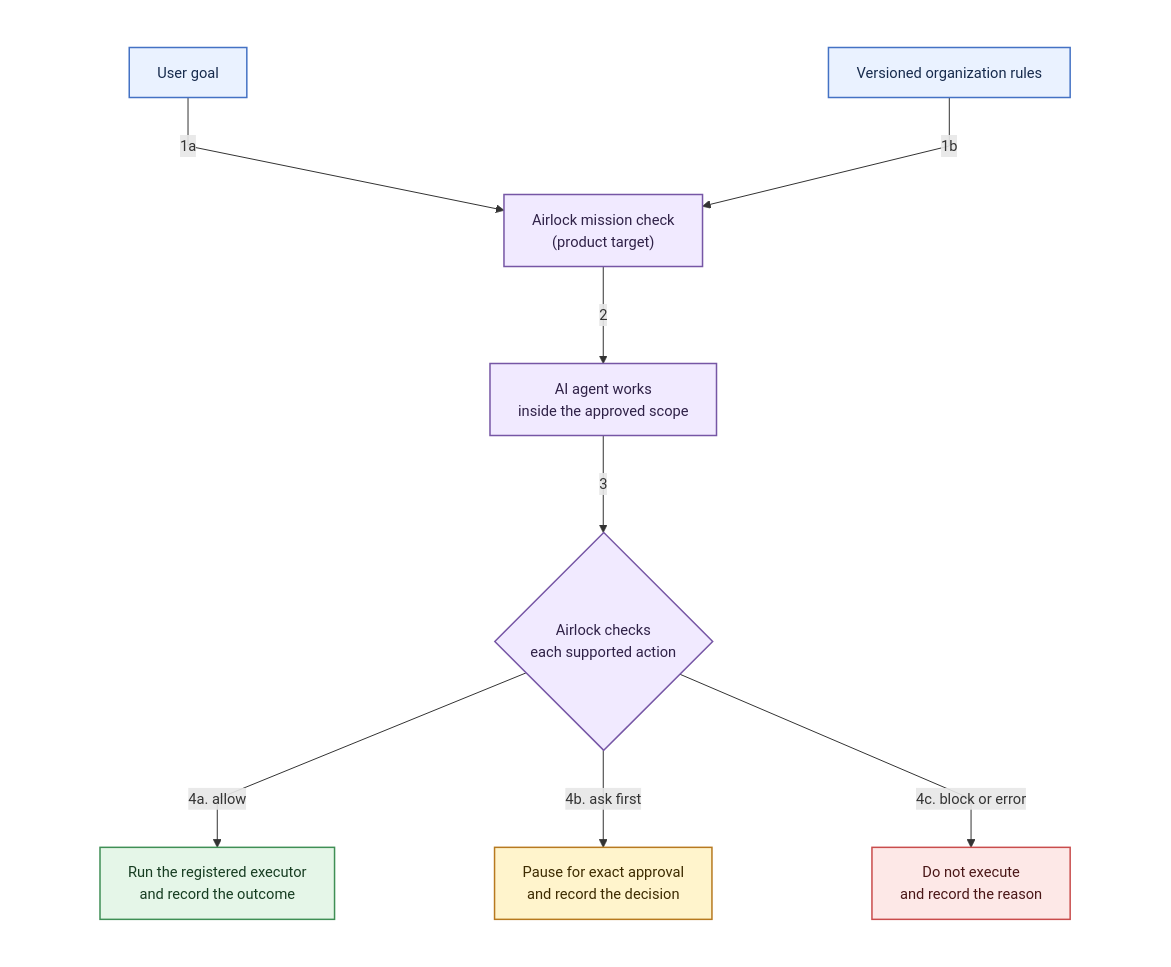
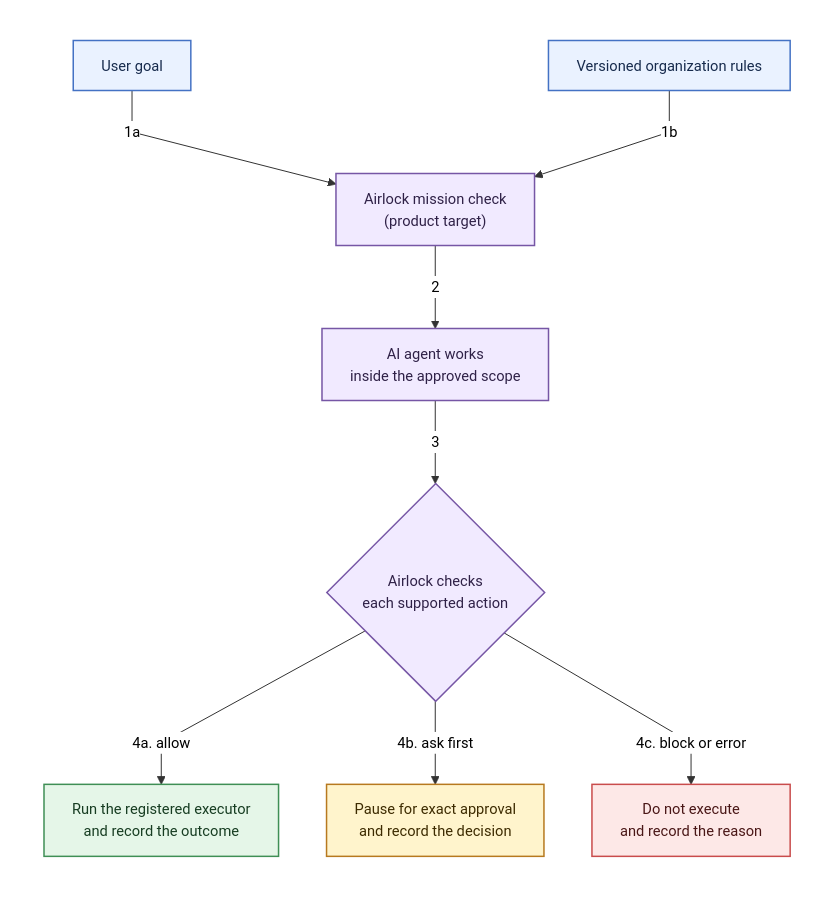
One commit to debchoudhury-id4s/agent-airlock changed the second of 5 diagrams in README.md. Above: the diagram before and after it, drawn with Mermaid. The commit also changed other lines of this file and 3 other files, not shown here.

Commit message:
update README diagrams and restructure repo

````diff
--- a/README.md
+++ b/README.md
@@ -67,26 +67,26 @@
 ```mermaid
-%%{init: {"fontFamily": "Calibri Light, Calibri, Arial, sans-serif", "themeVariables": {"background": "#ffffff", "fontSize": "11pt"}, "flowchart": {"useMaxWidth": true, "htmlLabels": true, "curve": "linear", "nodeSpacing": 160, "rankSpacing": 50, "padding": 14, "diagramPadding": 0, "wrappingWidth": 200}}}%%
+%%{init: {"fontFamily": "Calibri Light, Calibri, Arial, sans-serif", "themeVariables": {"background": "#ffffff", "edgeLabelBackground": "#ffffff", "textColor": "#000000", "fontSize": "11pt"}, "flowchart": {"useMaxWidth": true, "htmlLabels": true, "curve": "linear", "nodeSpacing": 48, "rankSpacing": 36, "padding": 14, "diagramPadding": 0, "wrappingWidth": 190}}}%%
 flowchart TB
     subgraph WhiteBackground2[" "]
         direction TB
         Goal["User goal"] -->|1a| Mission["Airlock mission check<br/>(product target)"]
         Rules["Versioned organization rules"] -->|1b| Mission
         Mission -->|2| Agent["AI agent works<br/>inside the approved scope"]
         Agent -->|3| Check{"Airlock checks<br/>each supported action"}
         Check -->|"4a. allow"| Allow["Run the registered executor<br/>and record the outcome"]
         Check -->|"4b. ask first"| Ask["Pause for exact approval<br/>and record the decision"]
         Check -->|"4c. block or error"| Block["Do not execute<br/>and record the reason"]
     end
 
     style WhiteBackground2 fill:#ffffff,stroke:#ffffff,color:#ffffff;
     classDef input fill:#eaf2ff,stroke:#4472c4,color:#172b4d,stroke-width:1.5px;
     classDef control fill:#f1eaff,stroke:#7656a5,color:#2f2147,stroke-width:1.5px;
     classDef allow fill:#e5f6e8,stroke:#3f8f55,color:#173d22,stroke-width:1.5px;
     classDef ask fill:#fff4cc,stroke:#b7791f,color:#3d2b00,stroke-width:1.5px;
     classDef block fill:#fde8e7,stroke:#c94c4c,color:#4a1717,stroke-width:1.5px;
     class Goal,Rules input;
     class Mission,Agent,Check control;
     class Allow allow;
     class Ask ask;
     class Block block;
 ```
````
